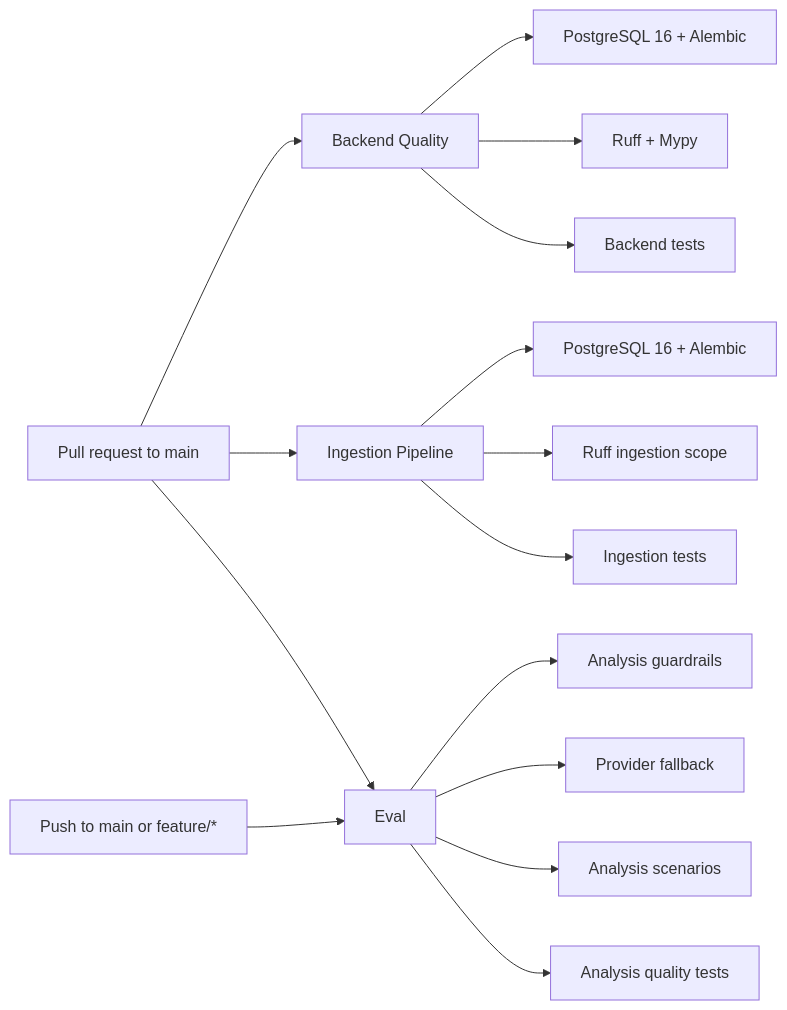
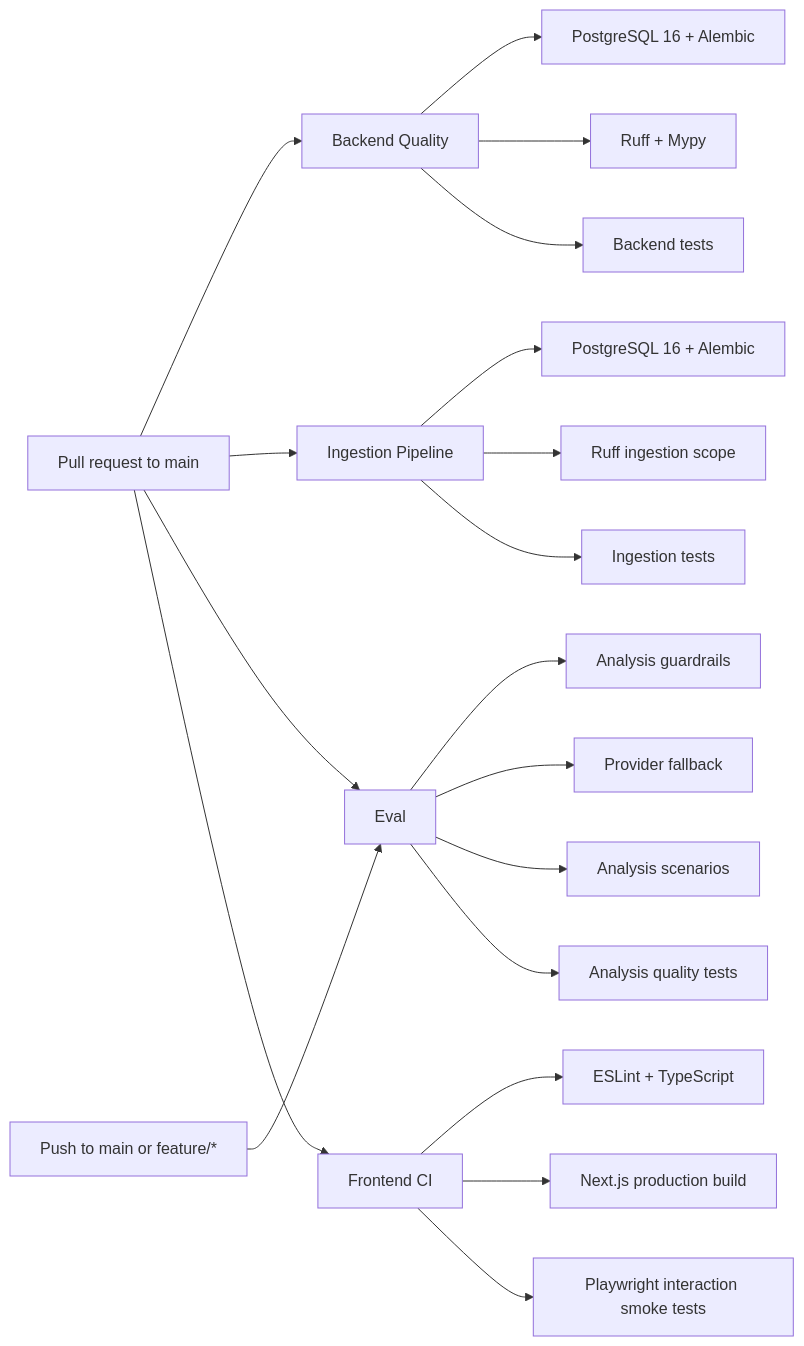
The diagram in docs/CI-MAP.md (kuokdavinci/ReconciliationIngestionPlatform), drawn with Mermaid before and after one commit. The commit also changed other lines of this file and 9 other files, not shown here.

Commit message:
ci(frontend): add dashboard smoke checks

````diff
--- a/docs/CI-MAP.md
+++ b/docs/CI-MAP.md
@@ -7,20 +7,25 @@
 ```mermaid
 flowchart LR
     PR[Pull request to main] --> B[Backend Quality]
     PR --> I[Ingestion Pipeline]
     PUSH[Push to main or feature/*] --> E[Eval]
     PR --> E
 
     B --> B1[PostgreSQL 16 + Alembic]
     B --> B2[Ruff + Mypy]
     B --> B3[Backend tests]
 
     I --> I1[PostgreSQL 16 + Alembic]
     I --> I2[Ruff ingestion scope]
     I --> I3[Ingestion tests]
 
     E --> E1[Analysis guardrails]
     E --> E2[Provider fallback]
     E --> E3[Analysis scenarios]
     E --> E4[Analysis quality tests]
+
+    PR --> F[Frontend CI]
+    F --> F1[ESLint + TypeScript]
+    F --> F2[Next.js production build]
+    F --> F3[Playwright interaction smoke tests]
 ```
````
